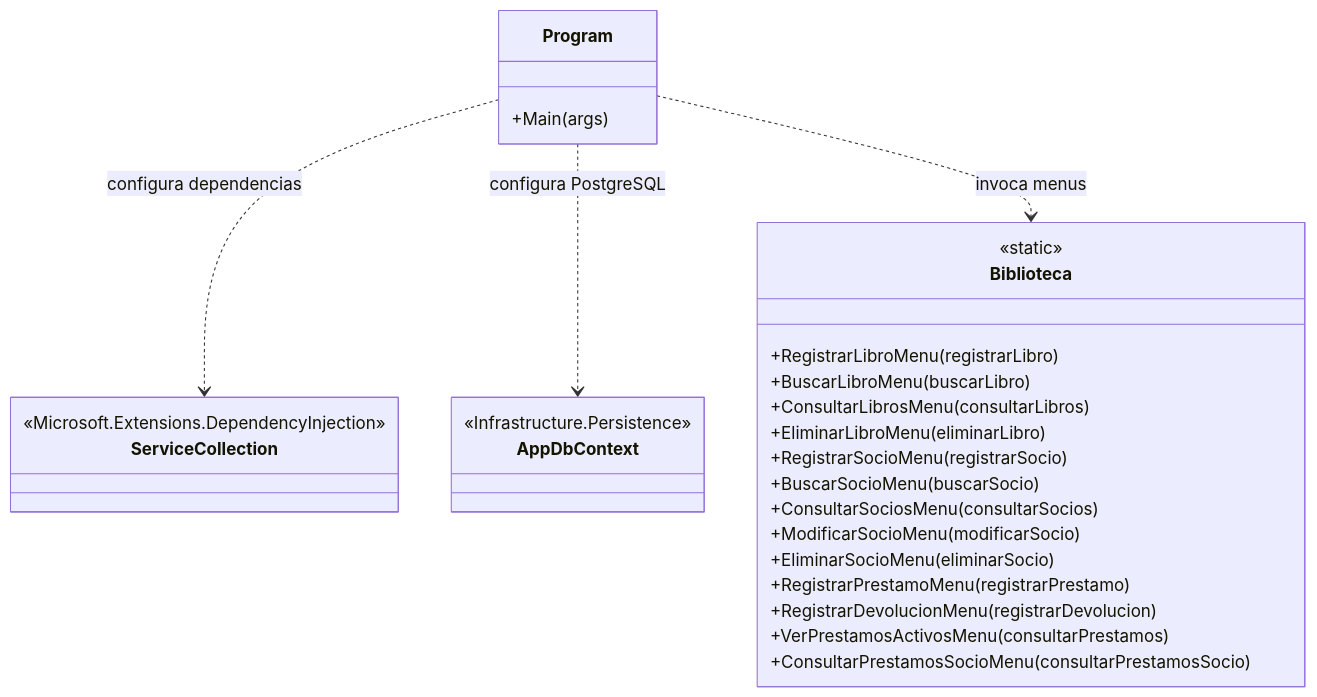
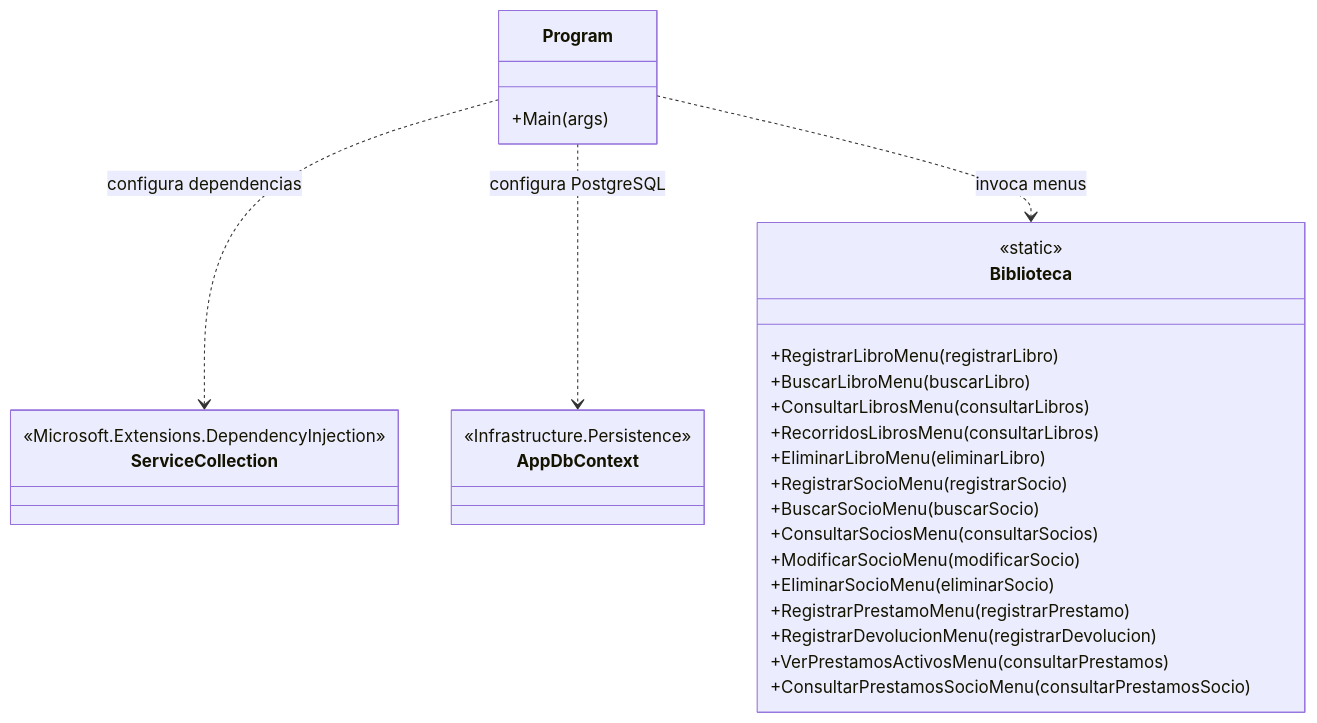
Before and after one commit to gabcas2/Trabajo-integrador-UNAJbooks: the first of 2 diagrams in TP_integrador_2026/Documentacion/DiagramaUML/DiagramaPresentacion.md, drawn with Mermaid. The commit also changed other lines of this file and 32 other files, not shown here.

````diff
--- a/TP_integrador_2026/Documentacion/DiagramaUML/DiagramaPresentacion.md
+++ b/TP_integrador_2026/Documentacion/DiagramaUML/DiagramaPresentacion.md
@@ -9,37 +9,38 @@
 ```mermaid
 classDiagram
 direction TB
 
 class Program {
     +Main(args)
 }
 
 class Biblioteca {
     <<static>>
     +RegistrarLibroMenu(registrarLibro)
     +BuscarLibroMenu(buscarLibro)
     +ConsultarLibrosMenu(consultarLibros)
+    +RecorridosLibrosMenu(consultarLibros)
     +EliminarLibroMenu(eliminarLibro)
     +RegistrarSocioMenu(registrarSocio)
     +BuscarSocioMenu(buscarSocio)
     +ConsultarSociosMenu(consultarSocios)
     +ModificarSocioMenu(modificarSocio)
     +EliminarSocioMenu(eliminarSocio)
     +RegistrarPrestamoMenu(registrarPrestamo)
     +RegistrarDevolucionMenu(registrarDevolucion)
     +VerPrestamosActivosMenu(consultarPrestamos)
     +ConsultarPrestamosSocioMenu(consultarPrestamosSocio)
 }
 
 class ServiceCollection {
     <<Microsoft.Extensions.DependencyInjection>>
 }
 
 class AppDbContext {
     <<Infrastructure.Persistence>>
 }
 
 Program ..> ServiceCollection : configura dependencias
 Program ..> AppDbContext : configura PostgreSQL
 Program ..> Biblioteca : invoca menus
 ```
````
